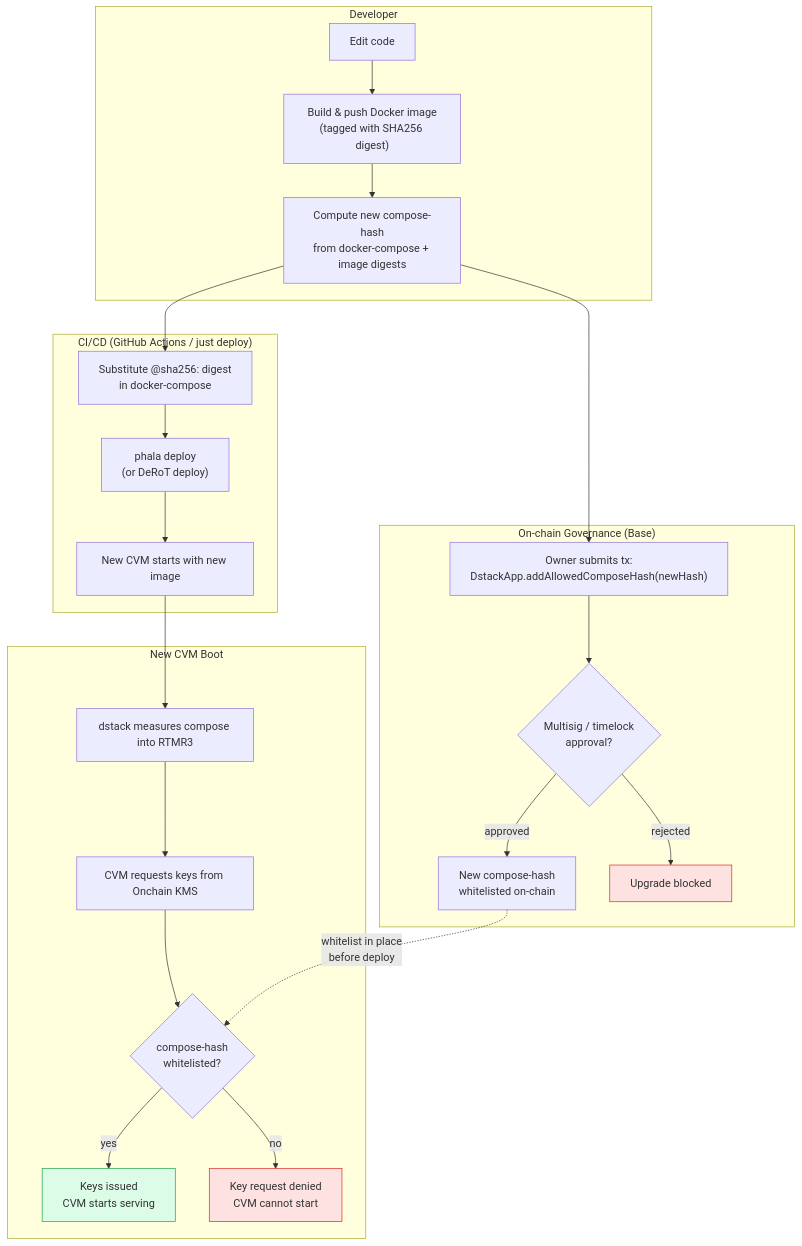
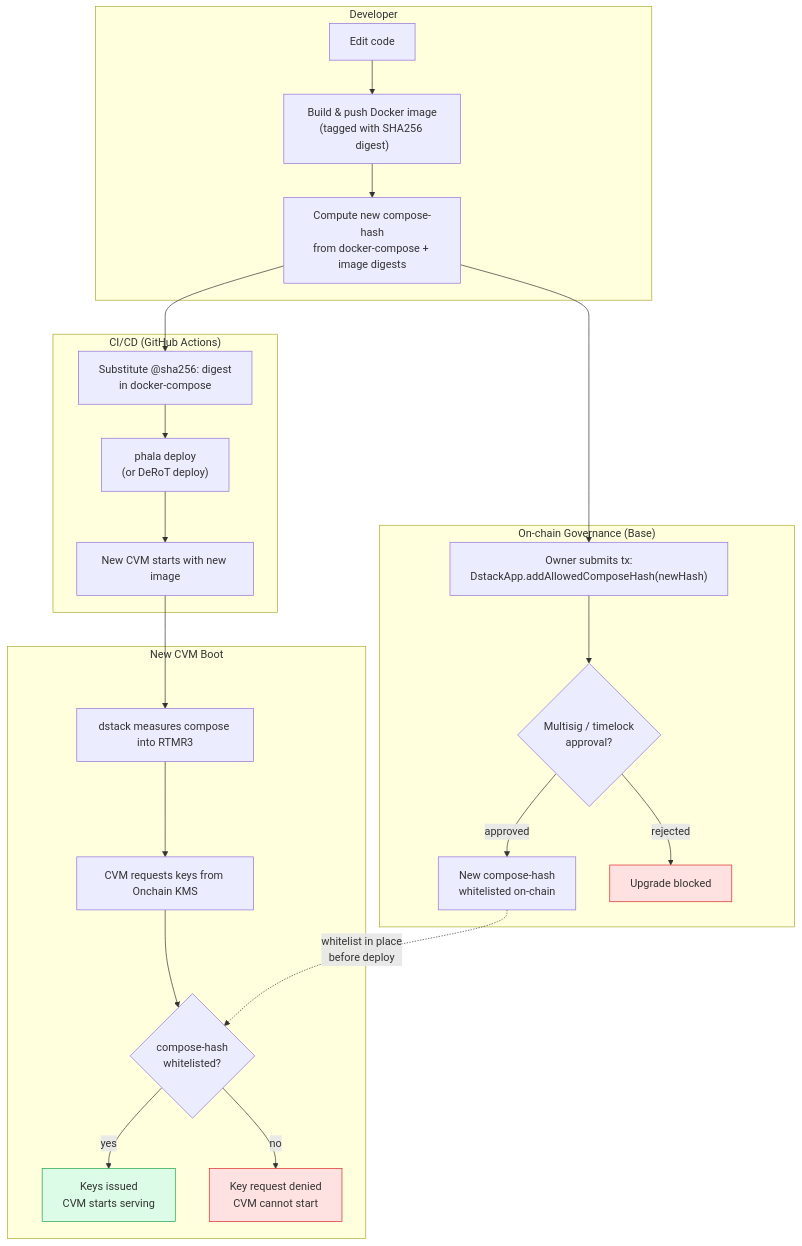
One commit to LIT-Protocol/chipotle changed the diagram in architectureDocs/deployment/vm-code-upgrade.md. Above: the diagram before and after it, drawn with Mermaid. The commit also changed other lines of this file and 35 other files, not shown here.

````diff
--- a/architectureDocs/deployment/vm-code-upgrade.md
+++ b/architectureDocs/deployment/vm-code-upgrade.md
@@ -12,36 +12,36 @@
 ```mermaid
 flowchart TB
     subgraph Dev["Developer"]
         A["Edit code"] --> B["Build & push Docker image\n(tagged with SHA256 digest)"]
         B --> C["Compute new compose-hash\nfrom docker-compose + image digests"]
     end
 
     subgraph Governance["On-chain Governance (Base)"]
         D["Owner submits tx:\nDstackApp.addAllowedComposeHash(newHash)"]
         E{Multisig / timelock\napproval?}
         D --> E
         E -->|approved| F["New compose-hash\nwhitelisted on-chain"]
         E -->|rejected| X["Upgrade blocked"]
     end
 
-    subgraph CI["CI/CD (GitHub Actions / just deploy)"]
+    subgraph CI["CI/CD (GitHub Actions)"]
         G["Substitute @sha256: digest\nin docker-compose"] --> H["phala deploy\n(or DeRoT deploy)"]
         H --> I["New CVM starts with new image"]
     end
 
     subgraph Boot["New CVM Boot"]
         I --> J["dstack measures compose into RTMR3"]
         J --> K["CVM requests keys from Onchain KMS"]
         K --> L{compose-hash\nwhitelisted?}
         L -->|yes| M["Keys issued\nCVM starts serving"]
         L -->|no| N["Key request denied\nCVM cannot start"]
     end
 
     C --> D
     C --> G
     F -.->|"whitelist in place\nbefore deploy"| L
 
     style X fill:#fee2e2,stroke:#dc2626
     style N fill:#fee2e2,stroke:#dc2626
     style M fill:#dcfce7,stroke:#16a34a
 ```
````
